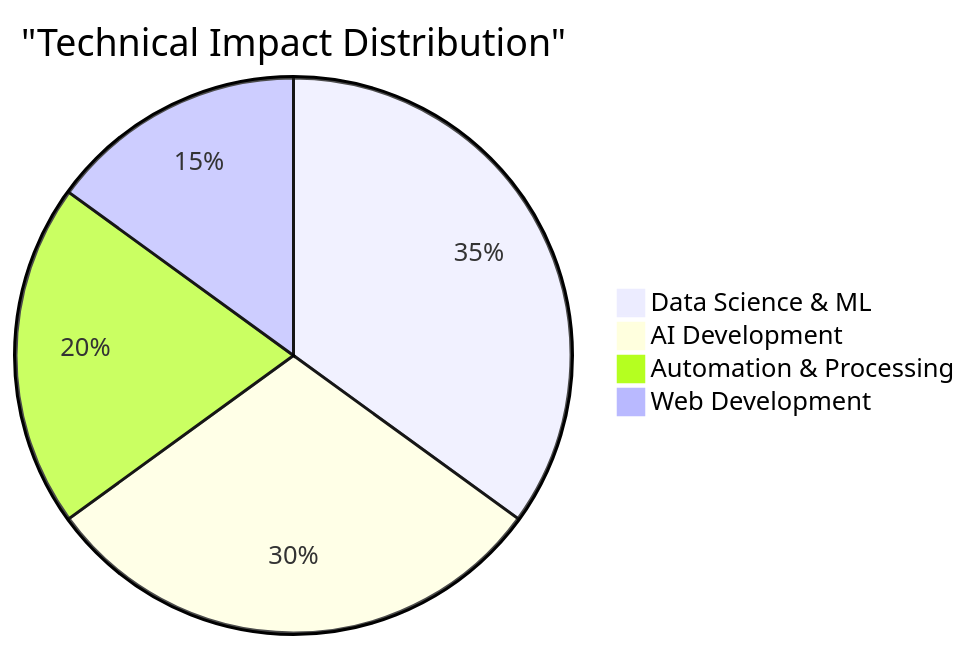
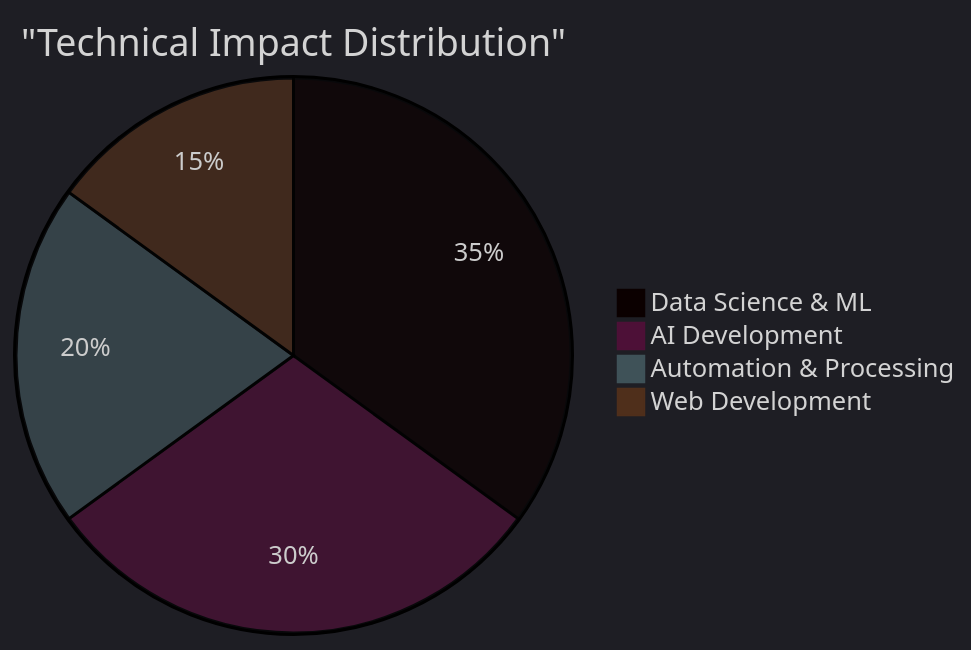
The third of 4 diagrams in README.md (saisrinivas194/saisrinivas194), drawn with Mermaid before and after one commit. The commit also changed other lines of this file, not shown here.

````diff
--- a/README.md
+++ b/README.md
@@ -260,7 +147,8 @@
 ```mermaid
+%%{init: { 'theme': 'dark', 'themeVariables': { 'fontFamily': 'monospace' }}}%%
 pie title "Technical Impact Distribution"
     "Data Science & ML" : 35
     "AI Development" : 30
     "Automation & Processing" : 20
     "Web Development" : 15
 ```
````
